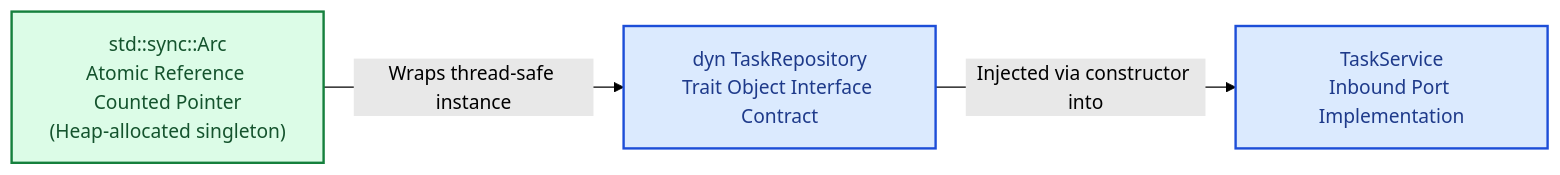
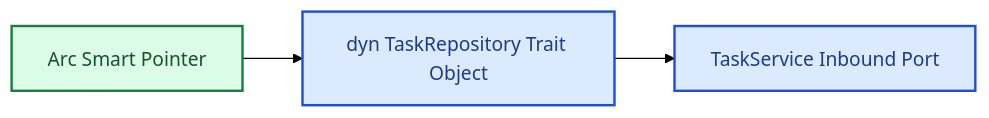
Before and after one commit to nbugash/back-to-basics-tutorials: the second of 2 diagrams in desktop-tutorial/chapter_0_rust_primer_for_java_engineers.md, drawn with Mermaid (forest theme). The commit also changed other lines of this file, not shown here.

````diff
--- a/desktop-tutorial/chapter_0_rust_primer_for_java_engineers.md
+++ b/desktop-tutorial/chapter_0_rust_primer_for_java_engineers.md
@@ -253,12 +248,12 @@
 ```mermaid
-graph LR
+flowchart LR
     classDef bean fill:#dbeafe,stroke:#1d4ed8,stroke-width:2px,color:#1e3a8a;
     classDef container fill:#dcfce7,stroke:#15803d,stroke-width:2px,color:#14532d;
 
-    Arc["std::sync::Arc<T><br/>Atomic Reference Counted Pointer<br/>(Heap-allocated singleton)"]:::container
-    TraitObj["dyn TaskRepository<br/>Trait Object Interface Contract"]:::bean
-    Service["TaskService<br/>Inbound Port Implementation"]:::bean
+    ArcPointer[Arc Smart Pointer]:::container
+    TraitObj[dyn TaskRepository Trait Object]:::bean
+    Service[TaskService Inbound Port]:::bean
 
-    Arc -->|Wraps thread-safe instance| TraitObj
-    TraitObj -->|Injected via constructor into| Service
+    ArcPointer --> TraitObj
+    TraitObj --> Service
 ```
````
